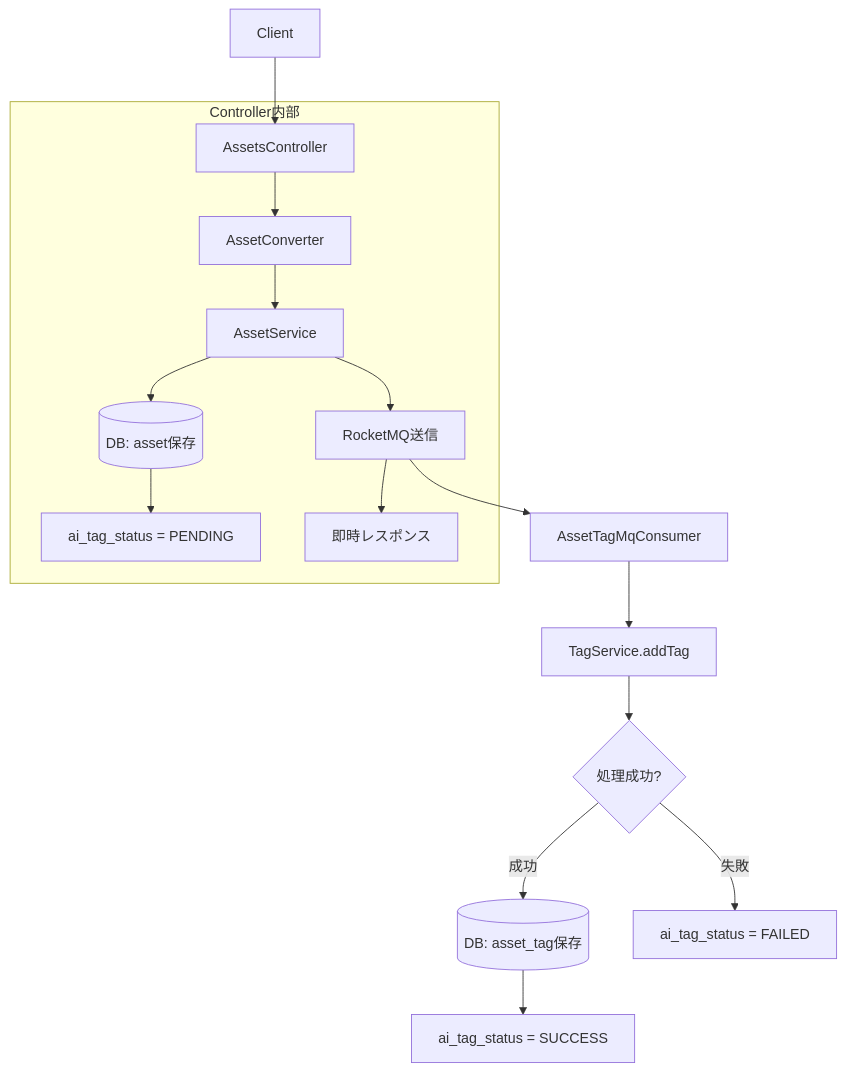
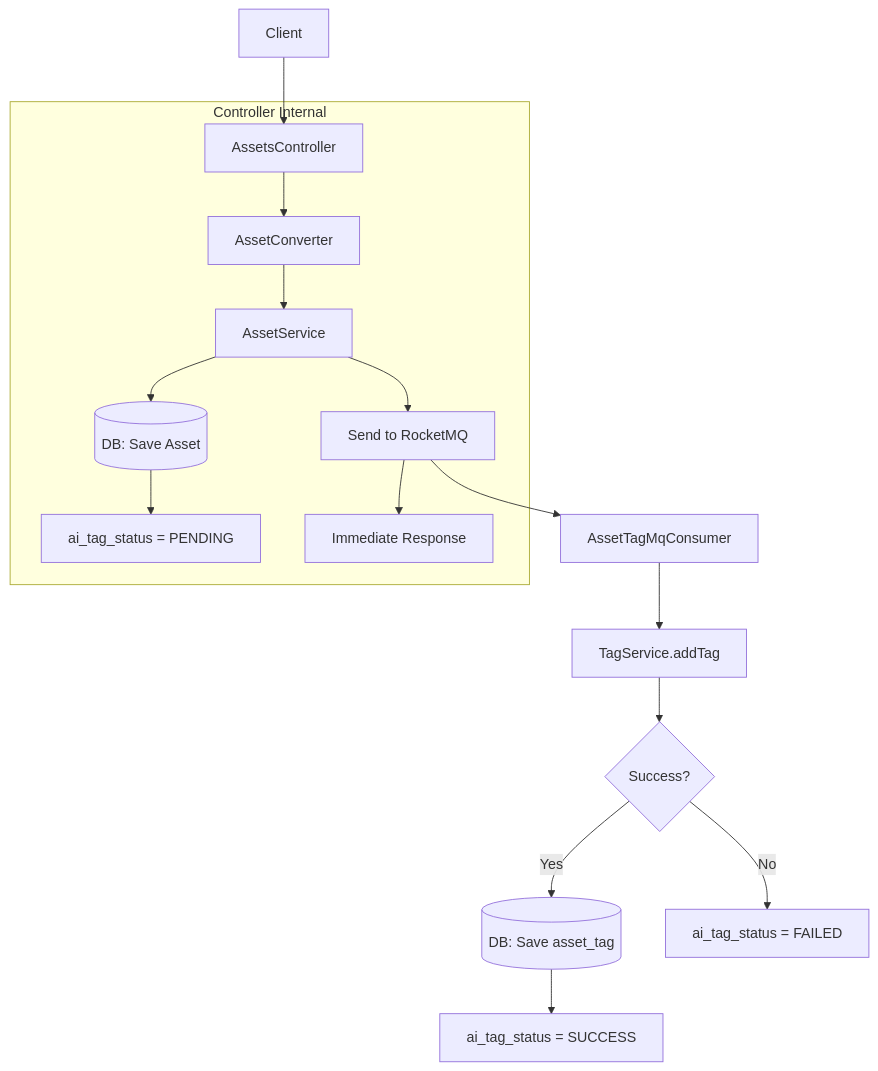
One commit to joshaken/digital-assets-management-service changed the first of 4 diagrams in README.md. Above: the diagram before and after it, drawn with Mermaid. The commit also changed other lines of this file and 1 other file, not shown here.

````diff
--- a/README.md
+++ b/README.md
@@ -61,18 +62,18 @@
 ```mermaid
 flowchart TD
     A[Client] --> B[AssetsController]
-    subgraph Controller内部
+    subgraph Controller Internal
         B --> C[AssetConverter]
         C --> D[AssetService]
-        D --> E[(DB: asset保存)]
+        D --> E[(DB: Save Asset)]
         E --> F[ai_tag_status = PENDING]
-        D --> G[RocketMQ送信]
-        G --> H[即時レスポンス]
+        D --> G[Send to RocketMQ]
+        G --> H[Immediate Response]
     end
     G --> I[AssetTagMqConsumer]
     I --> J[TagService.addTag]
-    J --> K{処理成功?}
-    K -->|成功| L[(DB: asset_tag保存)]
+    J --> K{Success?}
+    K -->|Yes| L[(DB: Save asset_tag)]
     L --> M[ai_tag_status = SUCCESS]
-    K -->|失敗| N[ai_tag_status = FAILED]
+    K -->|No| N[ai_tag_status = FAILED]
 ```
````
